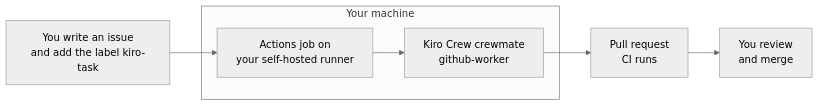
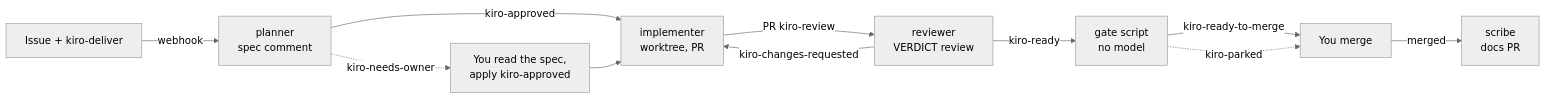
Before and after one commit to aidin-repo/kiro-crew-software-factory: the diagram in README.md, drawn with Mermaid (neutral theme). The commit also changed other lines of this file and 15 other files, not shown here.

````diff
--- a/README.md
+++ b/README.md
@@ -36,8 +40,13 @@
 ```mermaid
 flowchart LR
-  A["You write an issue<br/>and add the label kiro-task"] --> B
-  subgraph machine["Your machine"]
-    B["Actions job on<br/>your self-hosted runner"] --> C["Kiro Crew crewmate<br/>github-worker"]
-  end
-  C --> D["Pull request<br/>CI runs"] --> E["You review<br/>and merge"]
+    I["Issue + kiro-deliver"] -->|webhook| P["planner<br/>spec comment"]
+    P -->|kiro-approved| IMP["implementer<br/>worktree, PR"]
+    P -.->|kiro-needs-owner| H["You read the spec,<br/>apply kiro-approved"]
+    H --> IMP
+    IMP -->|PR kiro-review| R["reviewer<br/>VERDICT review"]
+    R -->|kiro-changes-requested| IMP
+    R -->|kiro-ready| G["gate script<br/>no model"]
+    G -->|kiro-ready-to-merge| M["You merge"]
+    G -.->|kiro-parked| M
+    M -->|merged| S["scribe<br/>docs PR"]
 ```
````
